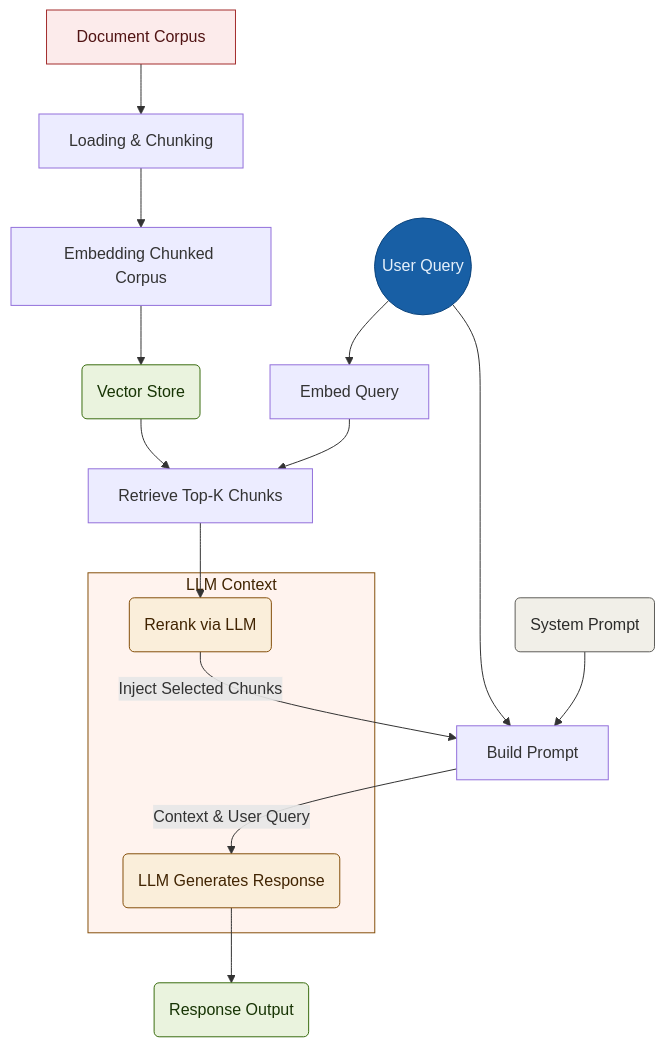
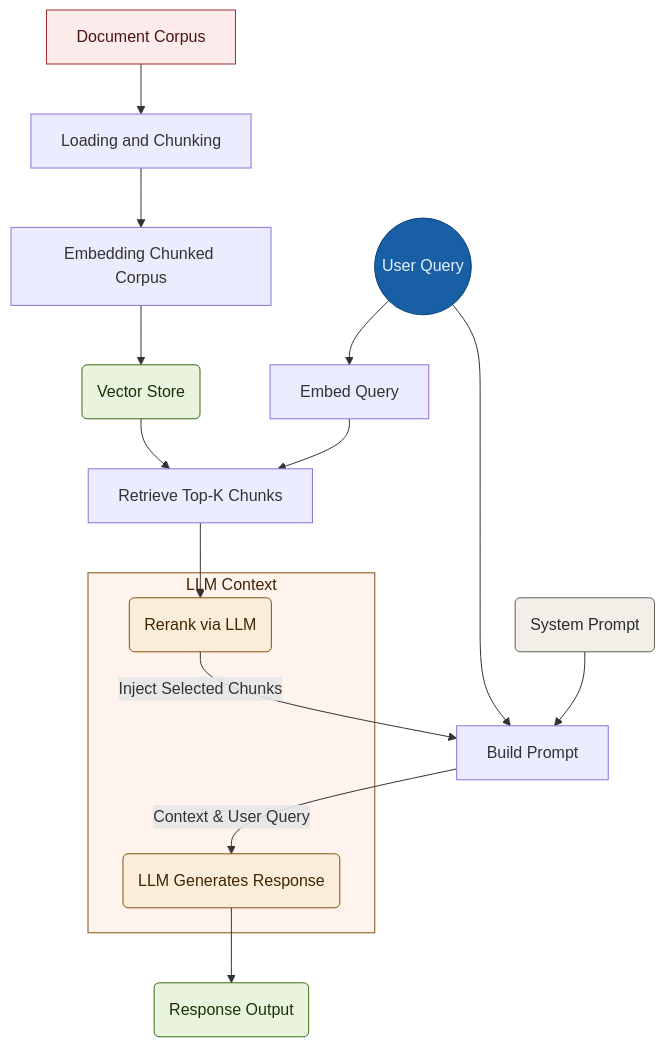
The diagram in README.md (e-mccabe/rag-build-project), drawn with Mermaid before and after one commit. The commit also changed other lines of this file, not shown here.

````diff
--- a/README.md
+++ b/README.md
@@ -23,30 +25,30 @@
 ```mermaid
 graph TD;
-    A[Document Corpus] --> B[Loading & Chunking];
+    A[Document Corpus] --> B[Loading and Chunking];
     B --> C[Embedding Chunked Corpus];
     C --> D(Vector Store);
     D --> E[Retrieve Top-K Chunks];
     F((User Query)) --> G[Embed Query];
     G --> E;
     E --> H(Rerank via LLM);
 
     subgraph ParentBox[LLM Context]
         H(Rerank via LLM)
         L(LLM Generates Response)
     end
 
     F((User Query)) --> I[Build Prompt];
     H -->|Inject Selected Chunks| I[Build Prompt];
     I -->|Context & User Query| L(LLM Generates Response);
     K(System Prompt) --> I;
     L --> J(Response Output);
 
     style A fill:#FCEBEB,stroke:#A32D2D,color:#501313;
     style D fill:#EAF3DE,stroke:#3B6D11,color:#173404;
     style F fill:#185FA5,stroke:#0C447C,color:#E6F1FB;
     style H fill:#FAEEDA,stroke:#854F0B,color:#412402;
     style L fill:#FAEEDA,stroke:#854F0B,color:#412402;
     style J fill:#EAF3DE,stroke:#3B6D11,color:#173404;
     style K fill:#F1EFE8,stroke:#5F5E5A,color:#2C2C2A;
     style ParentBox fill:#FFF3EE,stroke:#854F0B,color:#412402;
 ```
````
